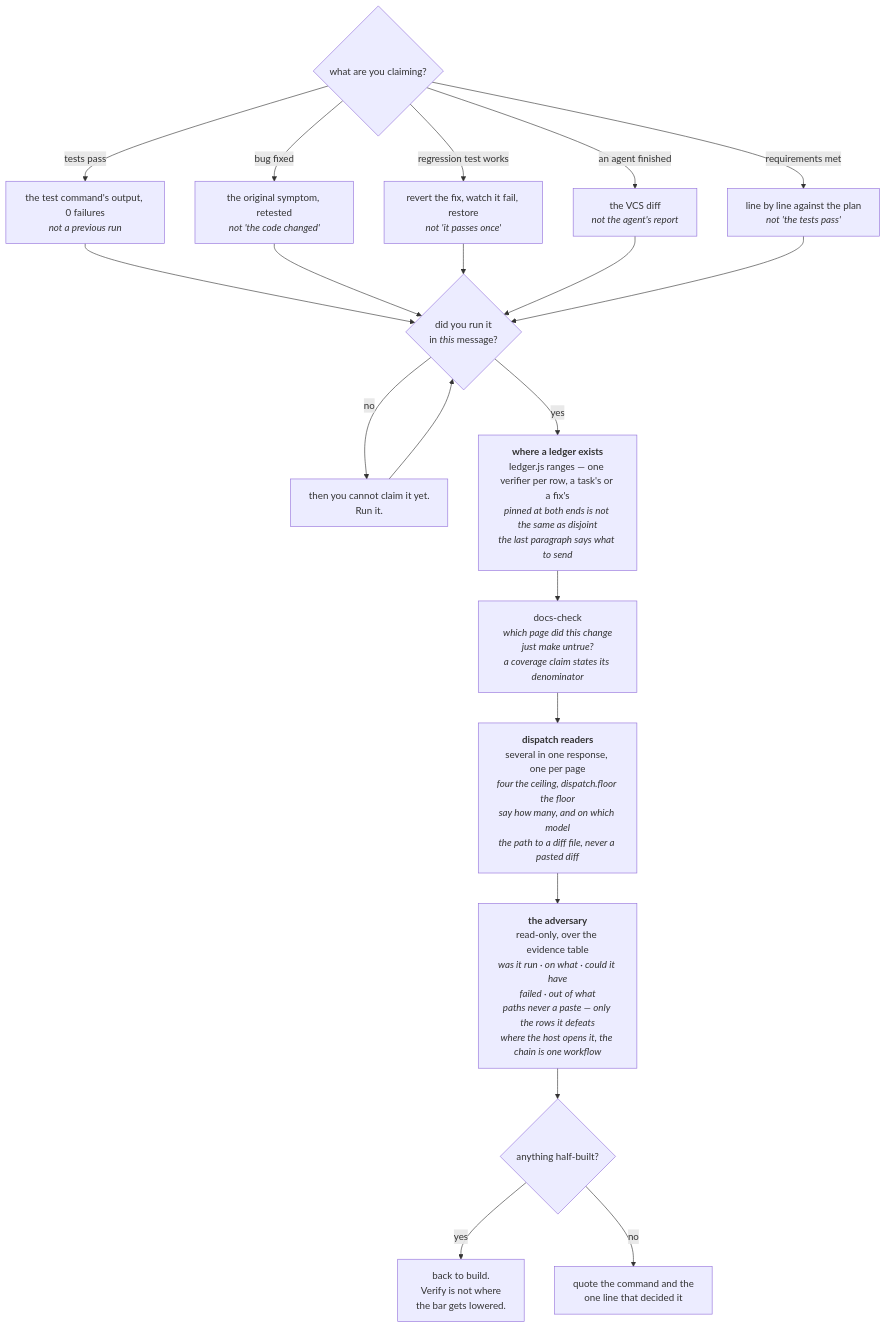
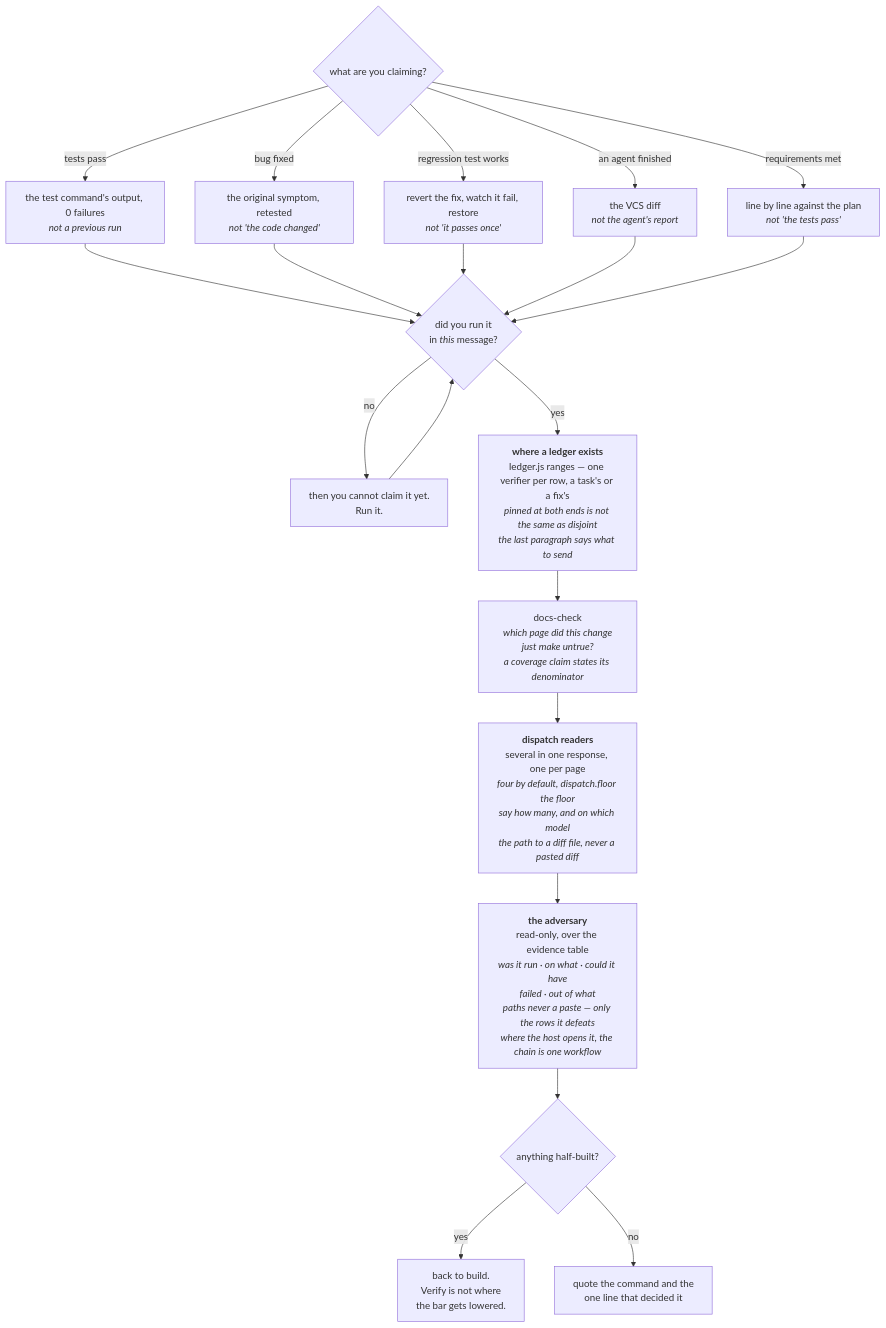
Before and after one commit to FanFantom9452/FanKeel: the sixth of 8 diagrams in docs/02-architecture/pipeline.md, drawn with Mermaid. The commit also changed other lines of this file and 4 other files, not shown here.

First line of the commit message:
docs: init and the pipeline diagrams call four dispatches the default

````diff
--- a/docs/02-architecture/pipeline.md
+++ b/docs/02-architecture/pipeline.md
@@ -648,38 +648,38 @@
 ```mermaid
 flowchart TD
     A{"what are you claiming?"}
     A1["the test command's output, 0 failures<br/><i>not a previous run</i>"]
     A2["the original symptom, retested<br/><i>not 'the code changed'</i>"]
     A3["revert the fix, watch it fail, restore<br/><i>not 'it passes once'</i>"]
     A4["the VCS diff<br/><i>not the agent's report</i>"]
     A5["line by line against the plan<br/><i>not 'the tests pass'</i>"]
     B{"did you run it<br/>in <i>this</i> message?"}
     C["then you cannot claim it yet.<br/>Run it."]
     D0["<b>where a ledger exists</b><br/>ledger.js ranges — one verifier per row, a task's or a fix's<br/><i>pinned at both ends is not the same as disjoint</i><br/><i>the last paragraph says what to send</i>"]
     D["docs-check<br/><i>which page did this change<br/>just make untrue?</i><br/><i>a coverage claim states its denominator</i>"]
-    D1["<b>dispatch readers</b><br/>several in one response, one per page<br/><i>four the ceiling, dispatch.floor the floor</i><br/><i>say how many, and on which model</i><br/><i>the path to a diff file, never a pasted diff</i>"]
+    D1["<b>dispatch readers</b><br/>several in one response, one per page<br/><i>four by default, dispatch.floor the floor</i><br/><i>say how many, and on which model</i><br/><i>the path to a diff file, never a pasted diff</i>"]
     D2["<b>the adversary</b><br/>read-only, over the evidence table<br/><i>was it run · on what · could it have<br/>failed · out of what</i><br/><i>paths never a paste — only the rows it defeats</i><br/><i>where the host opens it, the chain is one workflow</i>"]
     E{"anything half-built?"}
     F["back to build.<br/>Verify is not where<br/>the bar gets lowered."]
     G["quote the command and the<br/>one line that decided it"]
 
     A -- "tests pass" --> A1
     A -- "bug fixed" --> A2
     A -- "regression test works" --> A3
     A -- "an agent finished" --> A4
     A -- "requirements met" --> A5
     A1 --> B
     A2 --> B
     A3 --> B
     A4 --> B
     A5 --> B
     B -- no --> C
     C --> B
     B -- yes --> D0
     D0 --> D
     D --> D1
     D1 --> D2
     D2 --> E
     E -- yes --> F
     E -- no --> G
 ```
````
